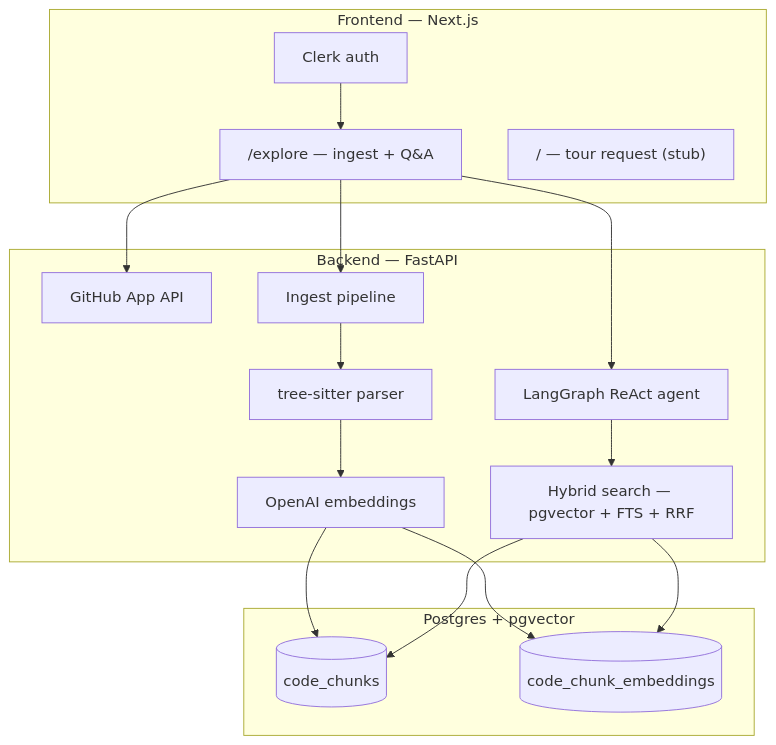
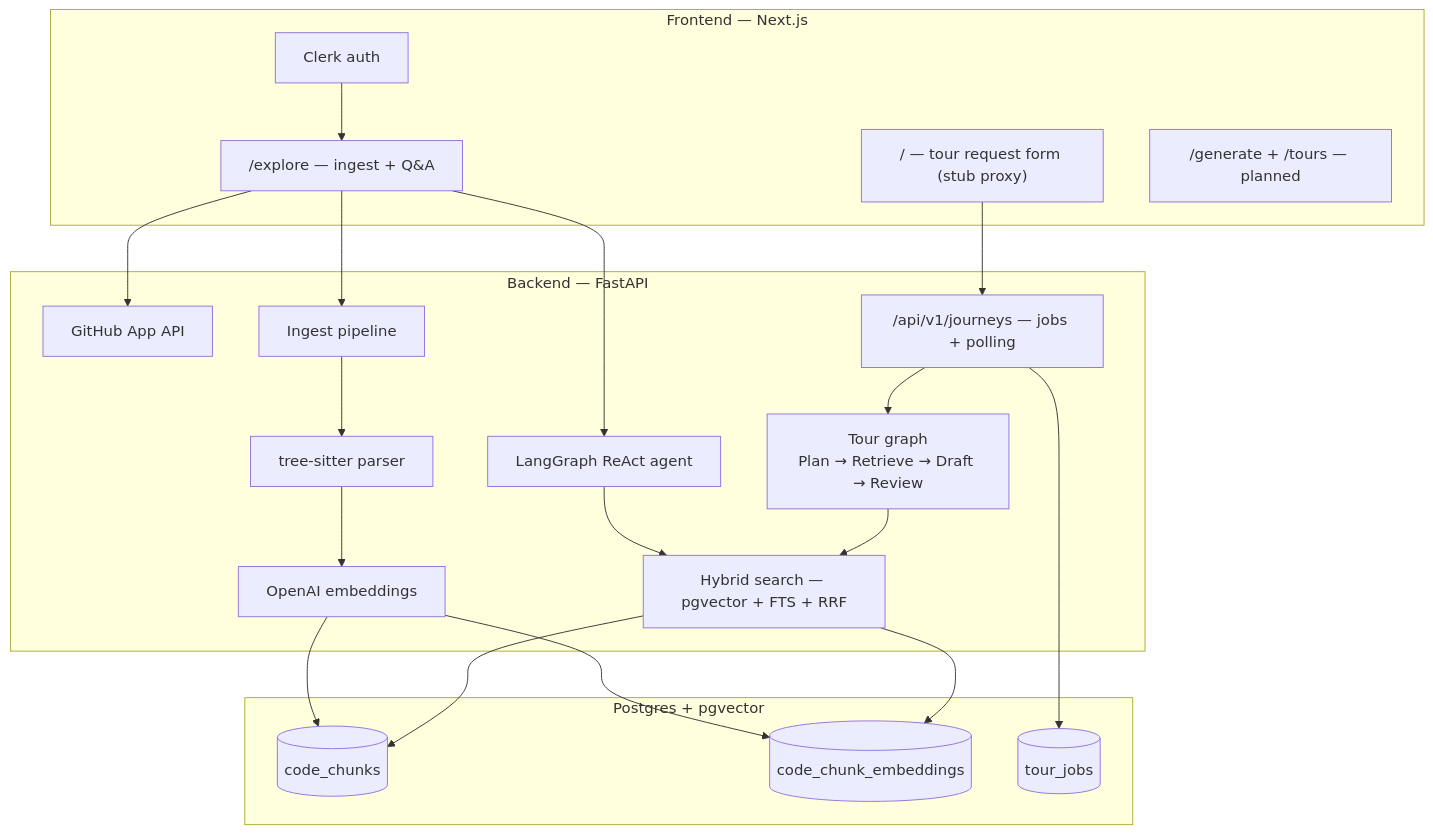
One commit to jballo/camino changed the second of 2 diagrams in README.md. Above: the diagram before and after it, drawn with Mermaid. The commit also changed other lines of this file and 4 other files, not shown here.

````diff
--- a/README.md
+++ b/README.md
@@ -67,32 +69,40 @@
 ```mermaid
 flowchart TB
   subgraph frontend [Frontend — Next.js]
     Clerk[Clerk auth]
     Explore["/explore — ingest + Q&A"]
-    Home["/ — tour request (stub)"]
+    Home["/ — tour request form (stub proxy)"]
+    TourUI["/generate + /tours — planned"]
   end
 
   subgraph backend [Backend — FastAPI]
     GH[GitHub App API]
     Ingest[Ingest pipeline]
     Parser[tree-sitter parser]
     Embed[OpenAI embeddings]
     Search[Hybrid search — pgvector + FTS + RRF]
     Agent[LangGraph ReAct agent]
+    Journeys["/api/v1/journeys — jobs + polling"]
+    TourGraph["Tour graph<br/>Plan → Retrieve → Draft → Review"]
   end
 
   subgraph data [Postgres + pgvector]
     Chunks[(code_chunks)]
     Vectors[(code_chunk_embeddings)]
+    Jobs[(tour_jobs)]
   end
 
   Clerk --> Explore
   Explore --> GH
   Explore --> Ingest
   Explore --> Agent
+  Home --> Journeys
+  Journeys --> TourGraph
   Ingest --> Parser --> Embed --> Chunks
   Embed --> Vectors
   Agent --> Search
+  TourGraph --> Search
+  Journeys --> Jobs
   Search --> Chunks
   Search --> Vectors
 ```
````
